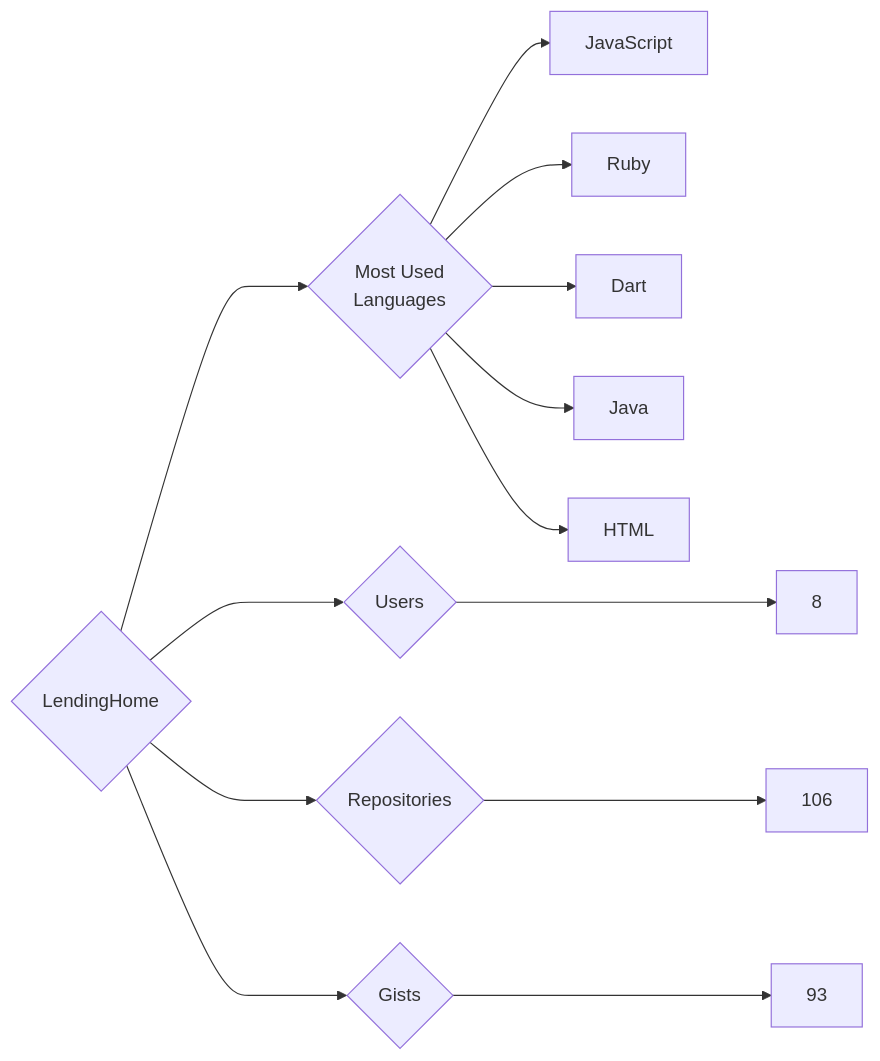
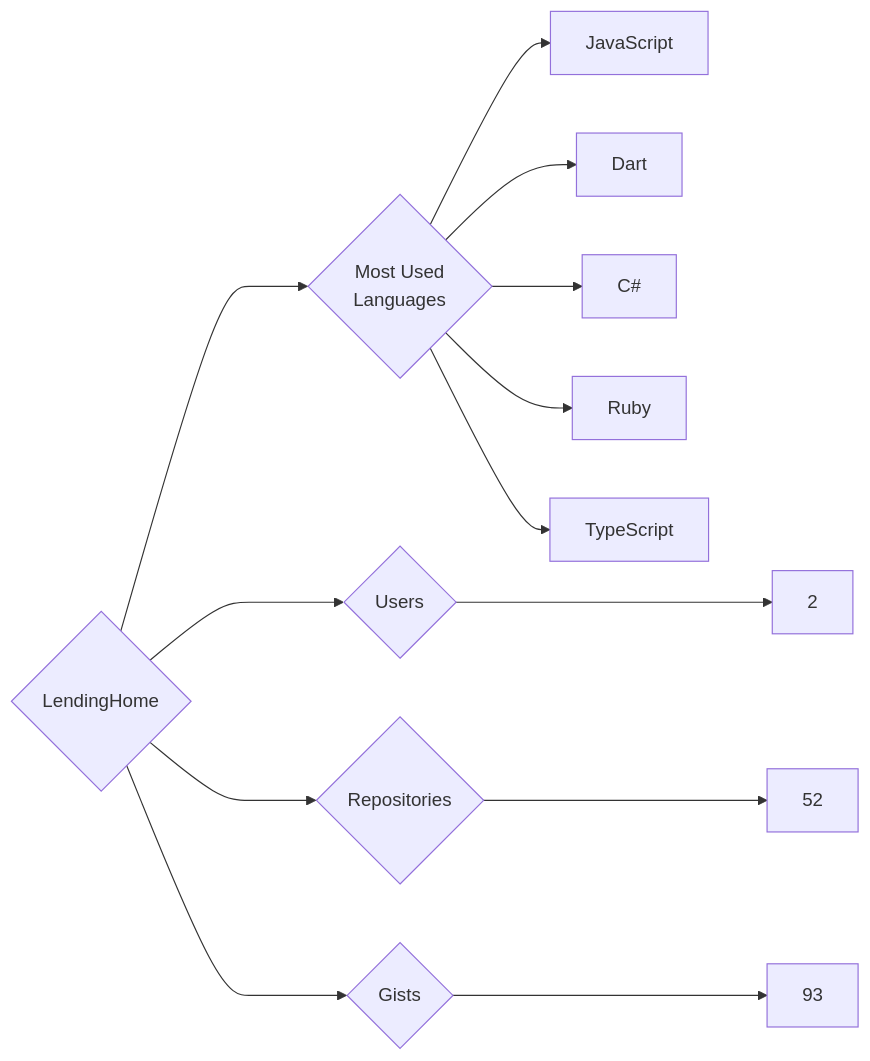
The diagram in targets/LendingHome/README.md (trickest/insiders), drawn with Mermaid before and after one commit. The commit also changed 723 other files, not shown here.

````diff
--- a/targets/LendingHome/README.md
+++ b/targets/LendingHome/README.md
@@ -3,13 +3,13 @@
 ```mermaid
 graph LR
 COMPANY_NAME{LendingHome}
-COMPANY_NAME ---> U{Users} ---> UN[8]
-COMPANY_NAME ---> R{Repositories} ---> RN[106]
+COMPANY_NAME ---> U{Users} ---> UN[2]
+COMPANY_NAME ---> R{Repositories} ---> RN[52]
 COMPANY_NAME ---> G{Gists} ---> GN[93]
 COMPANY_NAME ---> ML{Most Used<br>Languages}
 ML --> JavaScript[JavaScript]
+ML --> Dart[Dart]
+ML --> C#[C#]
 ML --> Ruby[Ruby]
-ML --> Dart[Dart]
-ML --> Java[Java]
-ML --> HTML[HTML]
+ML --> TypeScript[TypeScript]
 ```
````
